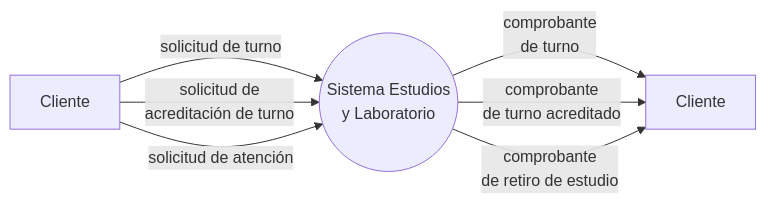
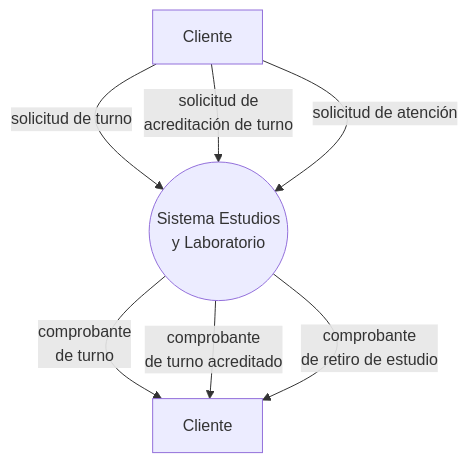
The diagram in README.md (fedeholc/OffCanvas), drawn with Mermaid before and after one commit.

````diff
--- a/README.md
+++ b/README.md
@@ -4,9 +4,9 @@
 ```mermaid
-flowchart LR
+flowchart TD
 Cliente-->|solicitud de turno|Sistema((Sistema Estudios \n y Laboratorio))
 Sistema -->|comprobante \nde turno| Cliente2[Cliente]
 Cliente-->|solicitud de \n acreditación de turno|Sistema((Sistema Estudios \n y Laboratorio))
 Sistema -->|comprobante \n de turno acreditado| Cliente2[Cliente]
 Cliente-->|solicitud de atención|Sistema((Sistema Estudios \n y Laboratorio))
 Sistema -->|comprobante \nde retiro de estudio| Cliente2[Cliente]
 ```
````
